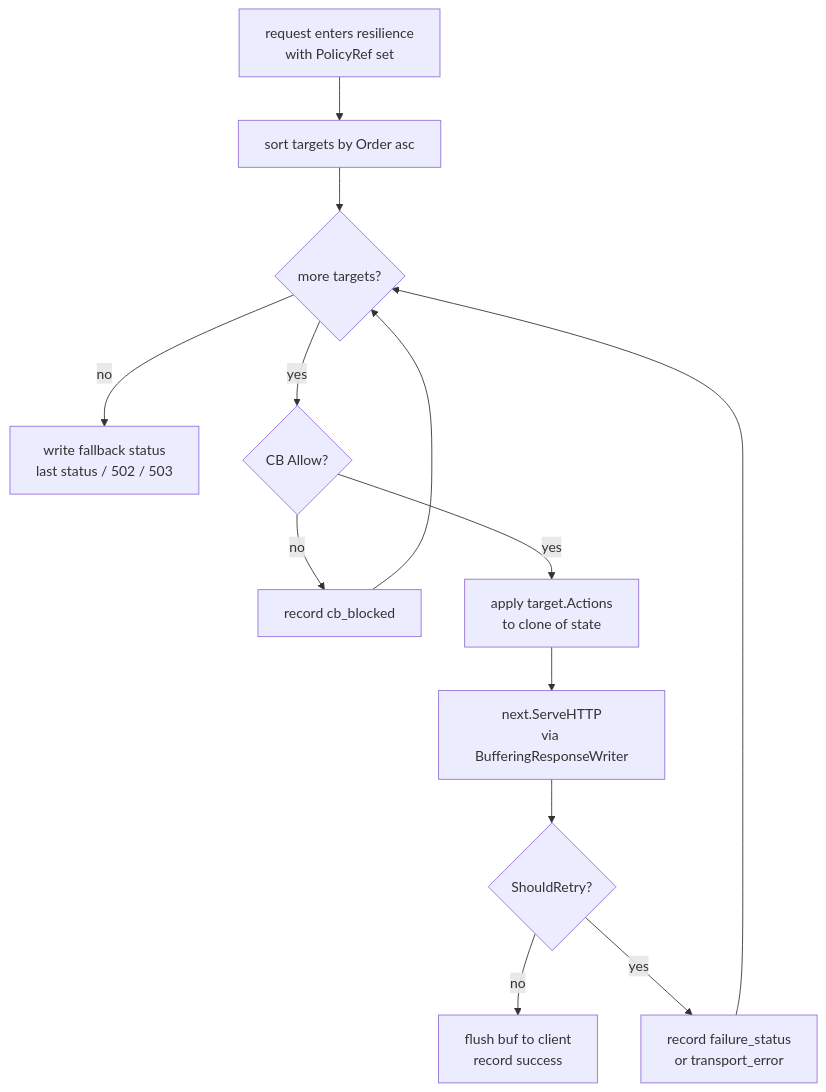
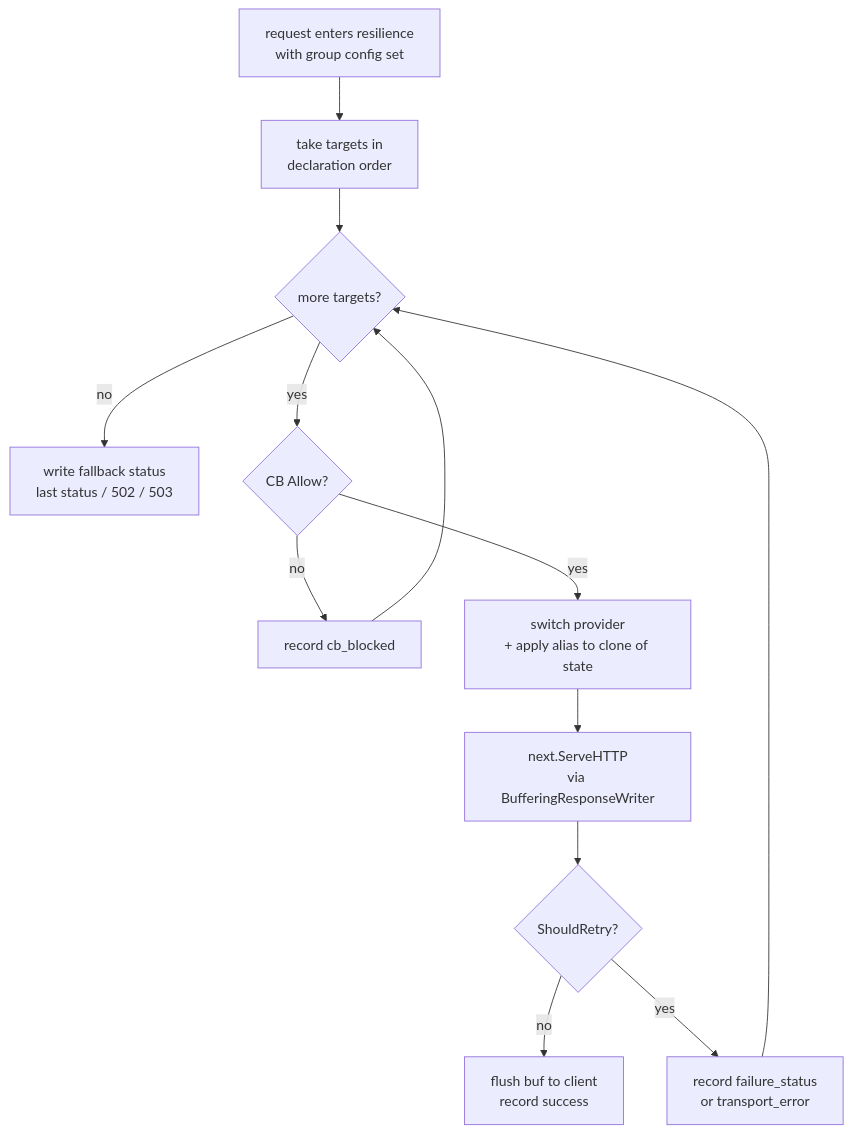
Before and after one commit to andyjmorgan/slipspace-gateway: the second of 4 diagrams in docs/resilience.md, drawn with Mermaid. The commit also changed other lines of this file and 27 other files, not shown here.

````diff
--- a/docs/resilience.md
+++ b/docs/resilience.md
@@ -242,15 +235,15 @@
 ```mermaid
 flowchart TB
-    Start[request enters resilience<br/>with PolicyRef set] --> Sort[sort targets by Order asc]
+    Start[request enters resilience<br/>with group config set] --> Sort[take targets in<br/>declaration order]
     Sort --> Loop{more targets?}
     Loop -- no --> Exhausted[write fallback status<br/>last status / 502 / 503]
     Loop -- yes --> CBCheck{CB Allow?}
     CBCheck -- no --> Record1[record cb_blocked]
     Record1 --> Loop
-    CBCheck -- yes --> Run[apply target.Actions<br/>to clone of state]
+    CBCheck -- yes --> Run[switch provider<br/>+ apply alias to clone of state]
     Run --> Forward[next.ServeHTTP<br/>via BufferingResponseWriter]
     Forward --> Decide{ShouldRetry?}
     Decide -- no --> Commit[flush buf to client<br/>record success]
     Decide -- yes --> Record2[record failure_status<br/>or transport_error]
     Record2 --> Loop
 ```
````
